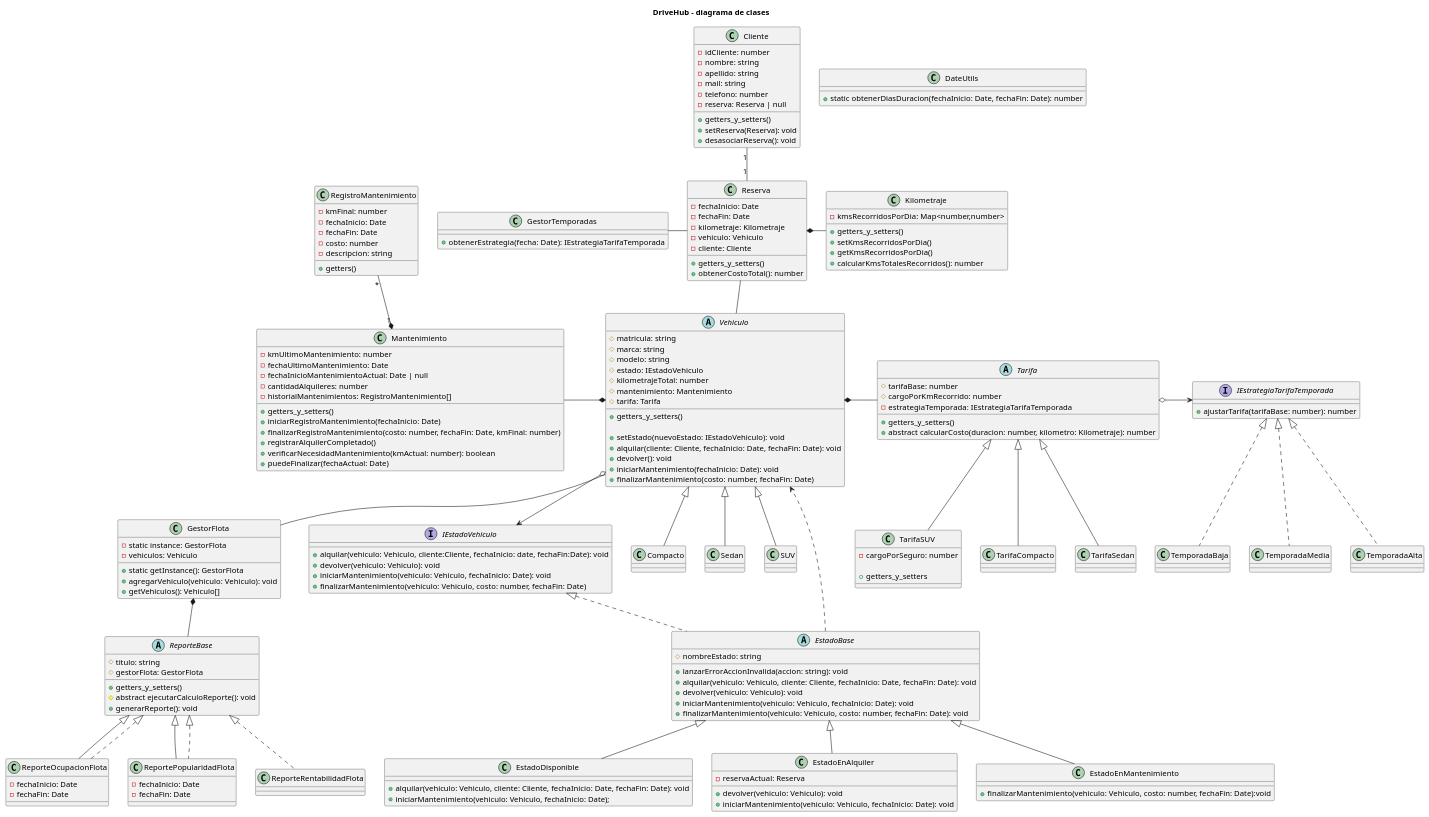
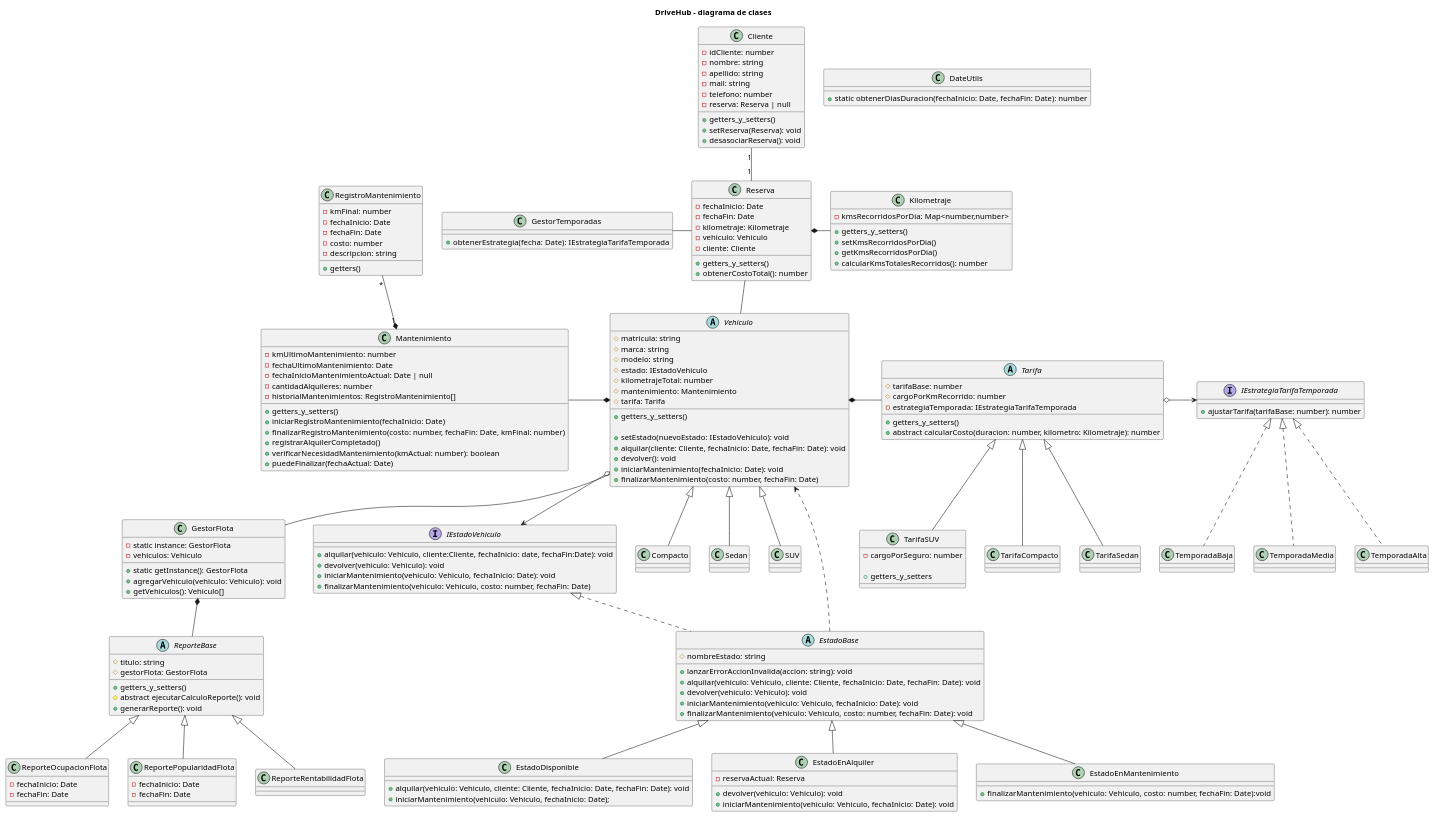
One commit to begueagustinhernan/tp-prog2-pruebas changed the diagram in diagramas/clases.puml. Above: the diagram before and after it, drawn with PlantUML.

Commit message:
se corrige diagrama

```diff
--- a/diagramas/clases.puml
+++ b/diagramas/clases.puml
@@ -1,197 +1,195 @@
 @startuml DriveHub
 
 title DriveHub - diagrama de clases
 
 abstract class Vehiculo {
     # matricula: string
     # marca: string
     # modelo: string
     # estado: IEstadoVehiculo
     # kilometrajeTotal: number
     # mantenimiento: Mantenimiento
     # tarifa: Tarifa
 
     + getters_y_setters()
 
     + setEstado(nuevoEstado: IEstadoVehiculo): void
     + alquilar(cliente: Cliente, fechaInicio: Date, fechaFin: Date): void
     + devolver(): void
     + iniciarMantenimiento(fechaInicio: Date): void
     + finalizarMantenimiento(costo: number, fechaFin: Date)
 }
 
 abstract class Tarifa{
     # tarifaBase: number
     # cargoPorKmRecorrido: number
     - estrategiaTemporada: IEstrategiaTarifaTemporada
     + getters_y_setters()
     + abstract calcularCosto(duracion: number, kilometro: Kilometraje): number
 }
 
 class TarifaSUV extends Tarifa {
     - cargoPorSeguro: number
 
     + getters_y_setters
 }
 
 interface IEstrategiaTarifaTemporada {
     + ajustarTarifa(tarifaBase: number): number
 }
 
 class Cliente {
     - idCliente: number
     - nombre: string
     - apellido: string
     - mail: string
     - telefono: number
     - reserva: Reserva | null
     + getters_y_setters()
     + setReserva(Reserva): void
     + desasociarReserva(): void
 }
 
 class Kilometraje{
     -kmsRecorridosPorDia: Map<number,number>
 
     + getters_y_setters()
     + setKmsRecorridosPorDia()
     + getKmsRecorridosPorDia()
     + calcularKmsTotalesRecorridos(): number
 }
 
 class Mantenimiento {
     - kmUltimoMantenimiento: number
     - fechaUltimoMantenimiento: Date
     - fechaInicioMantenimientoActual: Date | null
     - cantidadAlquileres: number
     - historialMantenimientos: RegistroMantenimiento[]
 
     + getters_y_setters()
     + iniciarRegistroMantenimiento(fechaInicio: Date)
     + finalizarRegistroMantenimiento(costo: number, fechaFin: Date, kmFinal: number)
     + registrarAlquilerCompletado()
     + verificarNecesidadMantenimiento(kmActual: number): boolean
     + puedeFinalizar(fechaActual: Date)
 }
 
 class RegistroMantenimiento {
     - kmFinal: number
     - fechaInicio: Date
     - fechaFin: Date
     - costo: number
     - descripcion: string
 
     + getters()
 }
 
 class Reserva{
     - fechaInicio: Date
     - fechaFin: Date
     - kilometraje: Kilometraje
     - vehiculo: Vehiculo
     - cliente: Cliente
     + getters_y_setters()
     + obtenerCostoTotal(): number
 }
 
 abstract class ReporteBase {
     # titulo: string
     # gestorFlota: GestorFlota
     + getters_y_setters()
     # abstract ejecutarCalculoReporte(): void
     + generarReporte(): void
 }
 
 class ReporteOcupacionFlota extends ReporteBase{
     - fechaInicio: Date
     - fechaFin: Date
 }
 
 class ReportePopularidadFlota extends ReporteBase{
     - fechaInicio: Date
     - fechaFin: Date
 }
 
 class GestorFlota {
     - static instance: GestorFlota
     - vehiculos: Vehiculo
     + static getInstance(): GestorFlota
     + agregarVehiculo(vehiculo: Vehiculo): void
     + getVehiculos(): Vehiculo[]
 }
 
 class GestorTemporadas {
     + obtenerEstrategia(fecha: Date): IEstrategiaTarifaTemporada
 }
 
 class DateUtils {
     + static obtenerDiasDuracion(fechaInicio: Date, fechaFin: Date): number
 }
 
 
 interface IEstadoVehiculo {
     + alquilar(vehiculo: Vehiculo, cliente:Cliente, fechaInicio: date, fechaFin:Date): void
     + devolver(vehiculo: Vehiculo): void
     + iniciarMantenimiento(vehiculo: Vehiculo, fechaInicio: Date): void
     + finalizarMantenimiento(vehiculo: Vehiculo, costo: number, fechaFin: Date)
 }
 
 abstract class EstadoBase implements IEstadoVehiculo {
     # nombreEstado: string
     + lanzarErrorAccionInvalida(accion: string): void
     + alquilar(vehiculo: Vehiculo, cliente: Cliente, fechaInicio: Date, fechaFin: Date): void
     + devolver(vehiculo: Vehiculo): void
     + iniciarMantenimiento(vehiculo: Vehiculo, fechaInicio: Date): void
     + finalizarMantenimiento(vehiculo: Vehiculo, costo: number, fechaFin: Date): void
 }
 
 class EstadoDisponible extends EstadoBase  {
     + alquilar(vehiculo: Vehiculo, cliente: Cliente, fechaInicio: Date, fechaFin: Date): void
     + iniciarMantenimiento(vehiculo: Vehiculo, fechaInicio: Date);
 }
 
 class EstadoEnAlquiler extends EstadoBase  {
     - reservaActual: Reserva
     + devolver(vehiculo: Vehiculo): void
     + iniciarMantenimiento(vehiculo: Vehiculo, fechaInicio: Date): void
 }
 
 class EstadoEnMantenimiento extends EstadoBase  {
     + finalizarMantenimiento(vehiculo: Vehiculo, costo: number, fechaFin: Date):void
 }
 
 
 ' Relaciones
 
 Vehiculo <|-d- Compacto
 Vehiculo <|-d- Sedan
 Vehiculo <|-d- SUV
 
 Tarifa <|-d- TarifaCompacto
 Tarifa <|-d- TarifaSedan
 Tarifa o-r-> IEstrategiaTarifaTemporada
 
 Vehiculo *-r- Tarifa
 Vehiculo -- GestorFlota
 Vehiculo *-l- Mantenimiento
 Vehiculo o--> IEstadoVehiculo
 
 Reserva -- Vehiculo
 Reserva *-r- Kilometraje
 Reserva -l- GestorTemporadas
 
 Cliente "1" -- "1" Reserva
 EstadoBase ..> Vehiculo
 Mantenimiento "1" *-u- "*" RegistroMantenimiento
 
 IEstrategiaTarifaTemporada <|.. TemporadaBaja
 IEstrategiaTarifaTemporada <|.. TemporadaMedia
 IEstrategiaTarifaTemporada <|.. TemporadaAlta
 
 GestorFlota *-- ReporteBase
 
-ReporteBase <|.. ReporteOcupacionFlota
-ReporteBase <|.. ReportePopularidadFlota
-ReporteBase <|.. ReporteRentabilidadFlota
+ReporteBase <|-- ReporteRentabilidadFlota
 
 @enduml
```
